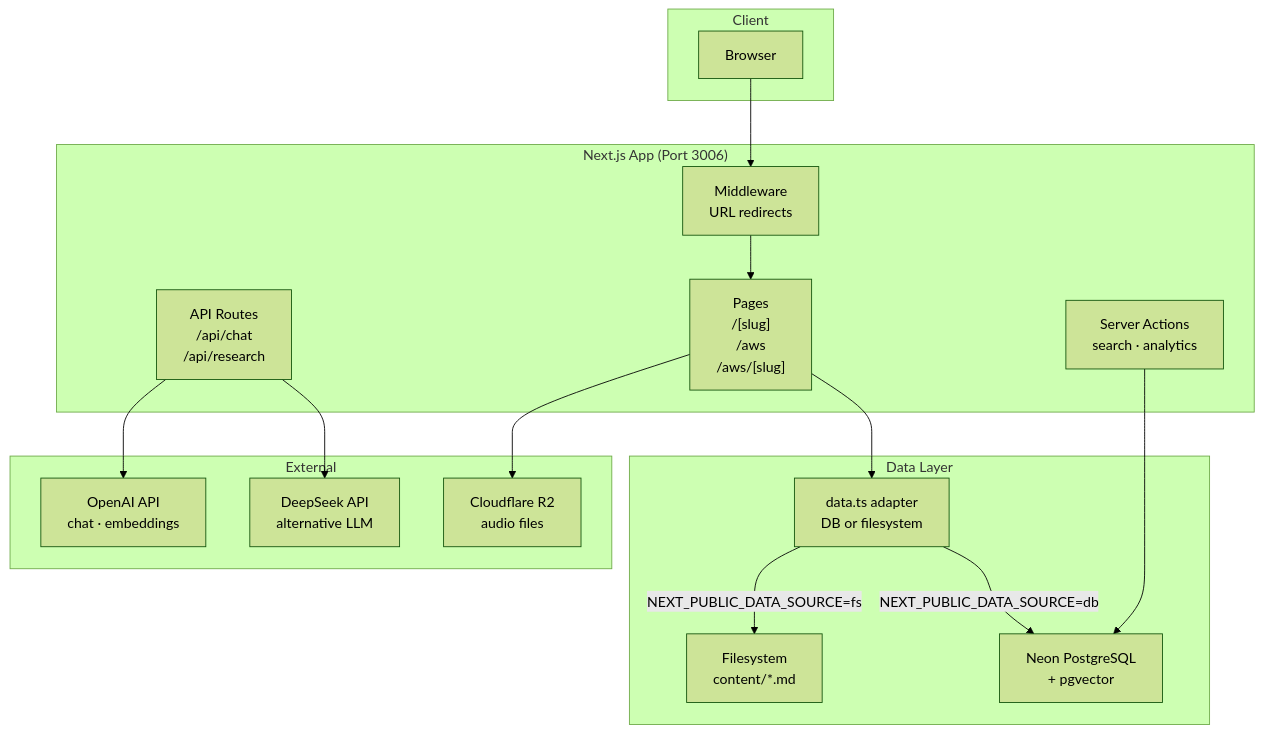
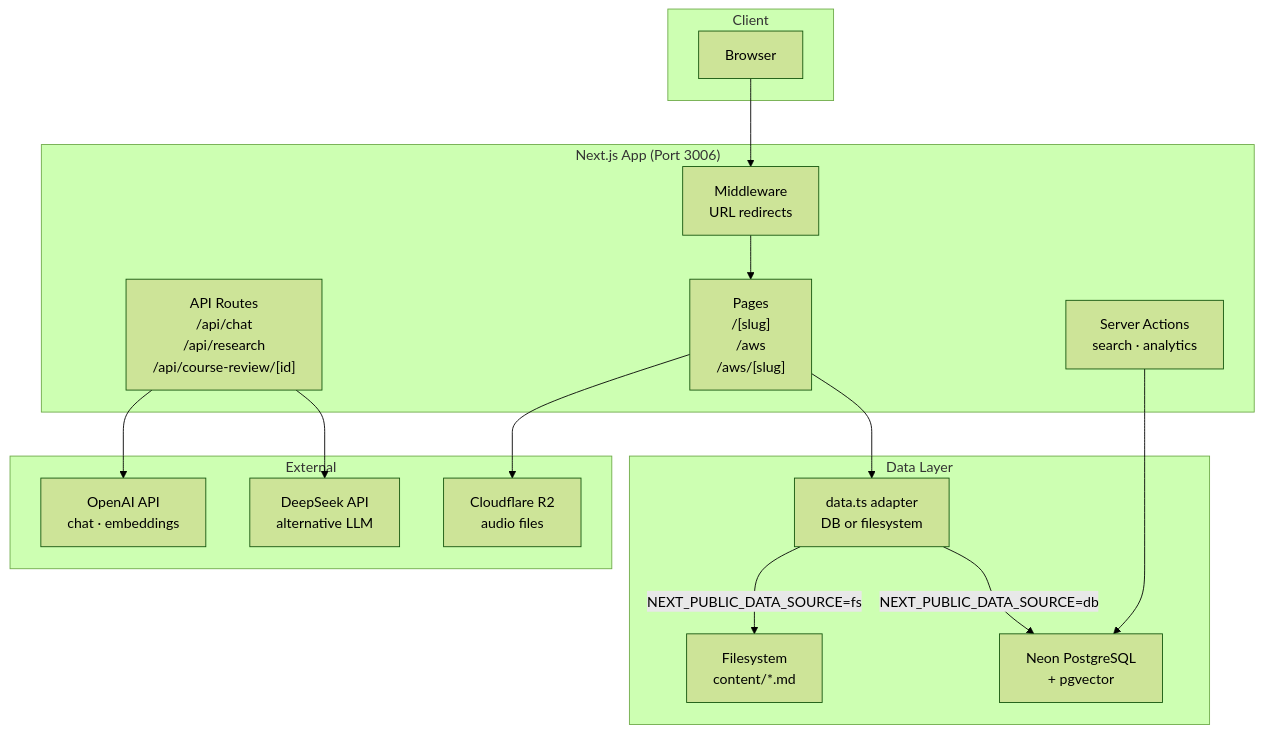
One commit to v9ai/ai-apps changed the first of 12 diagrams in apps/knowledge/README.md. Above: the diagram before and after it, drawn with Mermaid (forest theme). The commit also changed 4 other files, not shown here.

Commit message:
(knowledge,lead-gen): 4/10 done — core Python pipeline is complete. Waiting on the remaining 6 (DB schema, SQL, frontend, API route, batch script, tests).

````diff
--- a/apps/knowledge/README.md
+++ b/apps/knowledge/README.md
@@ -17,35 +17,35 @@
 ```mermaid
 graph TD
     subgraph Client
         Browser["Browser"]
     end
 
     subgraph Next.js["Next.js App (Port 3006)"]
         Pages["Pages\n/[slug]\n/aws\n/aws/[slug]"]
-        API["API Routes\n/api/chat\n/api/research"]
+        API["API Routes\n/api/chat\n/api/research\n/api/course-review/[id]"]
         SA["Server Actions\nsearch · analytics"]
         MW["Middleware\nURL redirects"]
     end
 
     subgraph Data["Data Layer"]
         Adapter["data.ts adapter\nDB or filesystem"]
         FS["Filesystem\ncontent/*.md"]
         DB["Neon PostgreSQL\n+ pgvector"]
     end
 
     subgraph External
         OpenAI["OpenAI API\nchat · embeddings"]
         DeepSeek["DeepSeek API\nalternative LLM"]
         R2["Cloudflare R2\naudio files"]
     end
 
     Browser --> MW
     MW --> Pages
     Pages --> Adapter
     SA --> DB
     API --> OpenAI
     API --> DeepSeek
     Adapter -->|NEXT_PUBLIC_DATA_SOURCE=db| DB
     Adapter -->|NEXT_PUBLIC_DATA_SOURCE=fs| FS
     Pages --> R2
 ```
````
